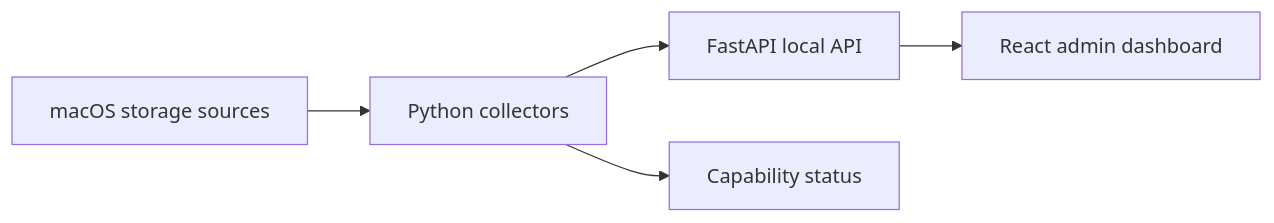
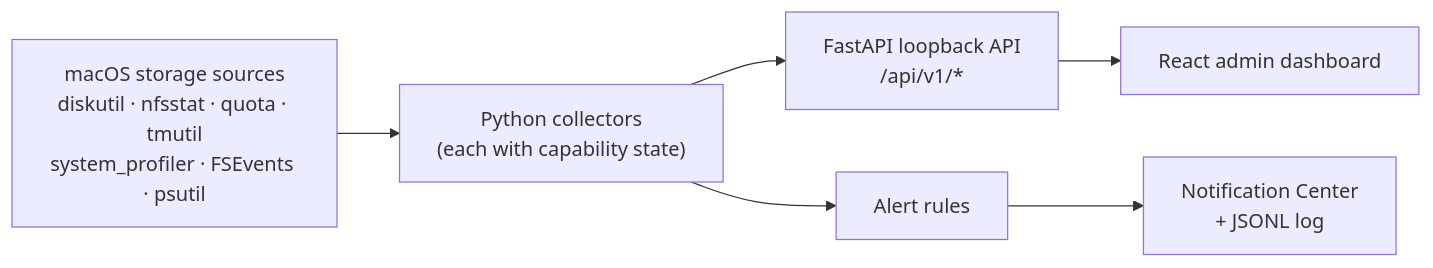
One commit to PrinceObasi/localtrace changed the diagram in README.md. Above: the diagram before and after it, drawn with Mermaid. The commit also changed other lines of this file and 1 other file, not shown here.

````diff
--- a/README.md
+++ b/README.md
@@ -254,7 +161,8 @@
 ```mermaid
 flowchart LR
-    A["macOS storage sources"] --> B["Python collectors"]
-    B --> C["FastAPI local API"]
+    A["macOS storage sources<br/>diskutil · nfsstat · quota · tmutil<br/>system_profiler · FSEvents · psutil"] --> B["Python collectors<br/>(each with capability state)"]
+    B --> C["FastAPI loopback API<br/>/api/v1/*"]
     C --> D["React admin dashboard"]
-    B --> E["Capability status"]
+    B --> E["Alert rules"]
+    E --> F["Notification Center<br/>+ JSONL log"]
 ```
````
